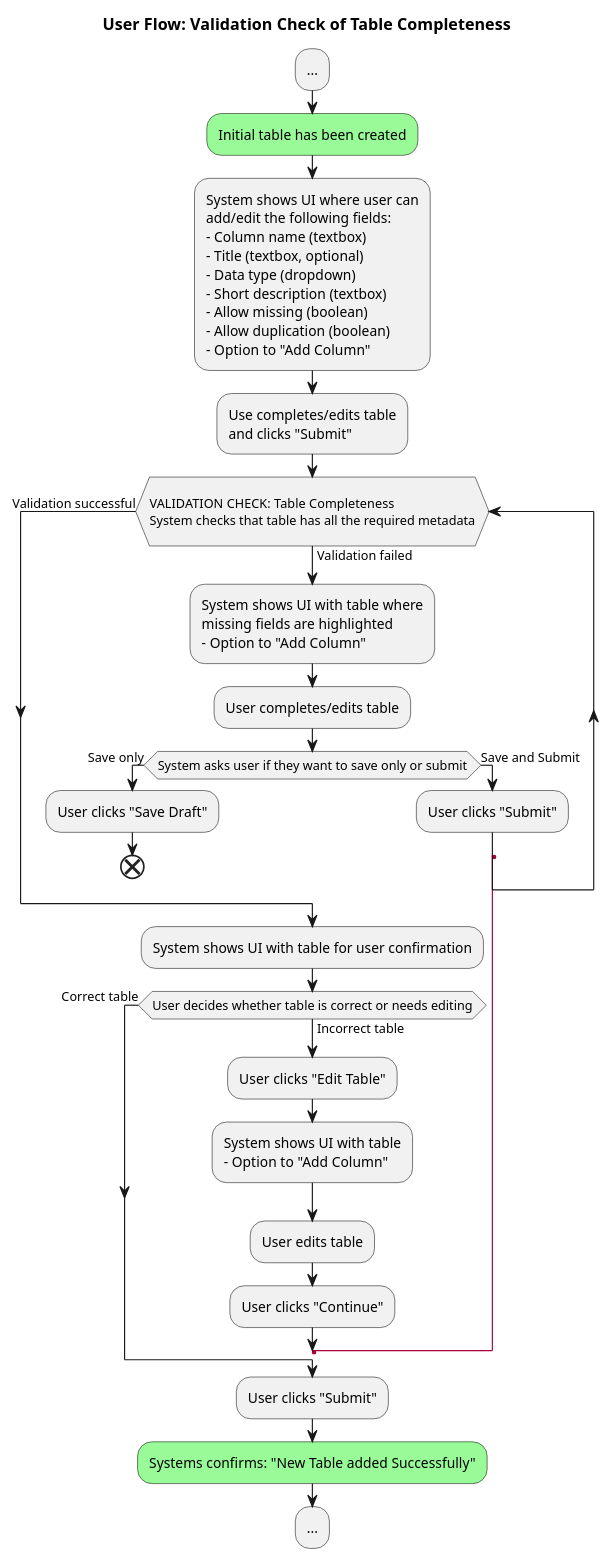
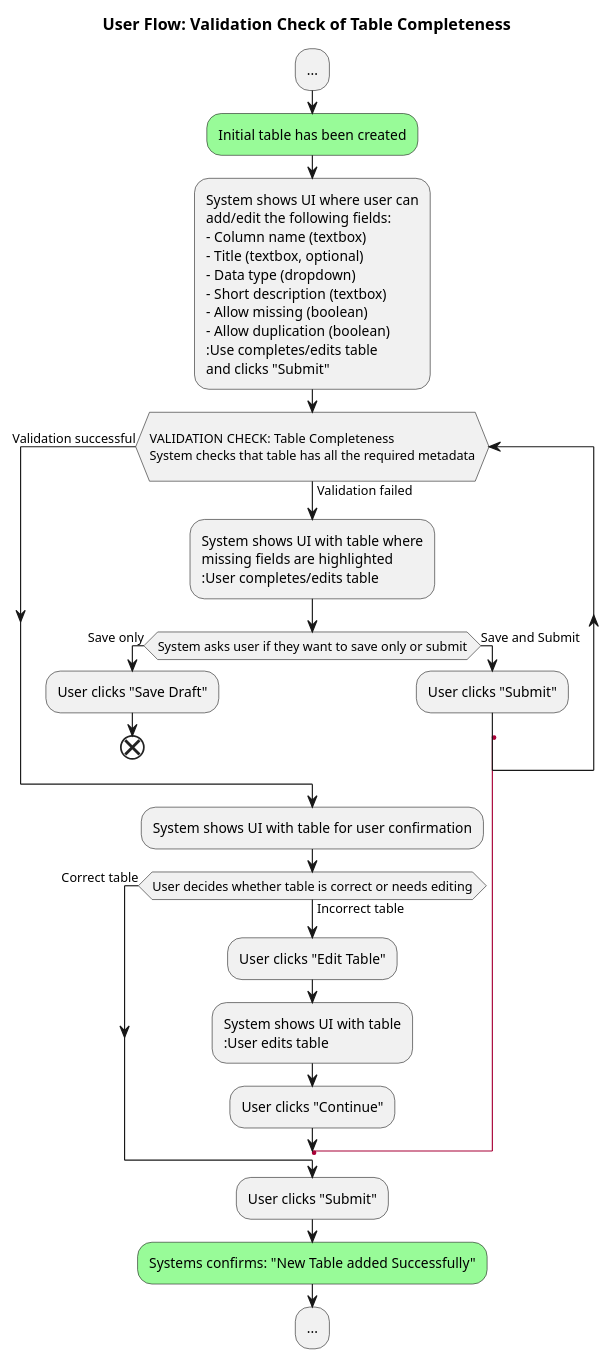
Before and after one commit to signekb/seedcase-sprout: the diagram in docs/design/images/user-flow-validation-table-completeness.puml, drawn with PlantUML. The commit also changed 2 other files, not shown here.

Commit message:
docs: remove option to add column during table completeness validation

```diff
--- a/docs/design/images/user-flow-validation-table-completeness.puml
+++ b/docs/design/images/user-flow-validation-table-completeness.puml
@@ -1,48 +1,45 @@
 @startuml user-flow-validation-table-completeness
 
 title User Flow: Validation Check of Table Completeness
 
 :...;
 #palegreen:Initial table has been created;
 'copied from user-flow.puml start
 'validation table completeness start
     :System shows UI where user can 
     add/edit the following fields:
     - Column name (textbox)
     - Title (textbox, optional)
     - Data type (dropdown)
     - Short description (textbox)
     - Allow missing (boolean) 
     - Allow duplication (boolean)
-    - Option to "Add Column";
     :Use completes/edits table
     and clicks "Submit";
    while (\nVALIDATION CHECK: Table Completeness\nSystem checks that table has all the required metadata\n) is (Validation failed)
     :System shows UI with table where
     missing fields are highlighted
-    - Option to "Add Column";
     :User completes/edits table;
     if (System asks user if they want to save only or submit) then (Save only)
       :User clicks "Save Draft";
       end
     else (Save and Submit)
       :User clicks "Submit";
       label l
     endif
   end while (Validation successful)
   :System shows UI with table for user confirmation;
   while (User decides whether table is correct or needs editing) is (Incorrect table)
     :User clicks "Edit Table";
     :System shows UI with table
-    - Option to "Add Column";
     :User edits table;
     :User clicks "Continue";
     goto l
    end while (Correct table)
    :User clicks "Submit";
   #palegreen:Systems confirms: "New Table added Successfully";
 'validation table completeness end
 'copied from user-flow.puml end
 :...;
 
 @enduml
```
